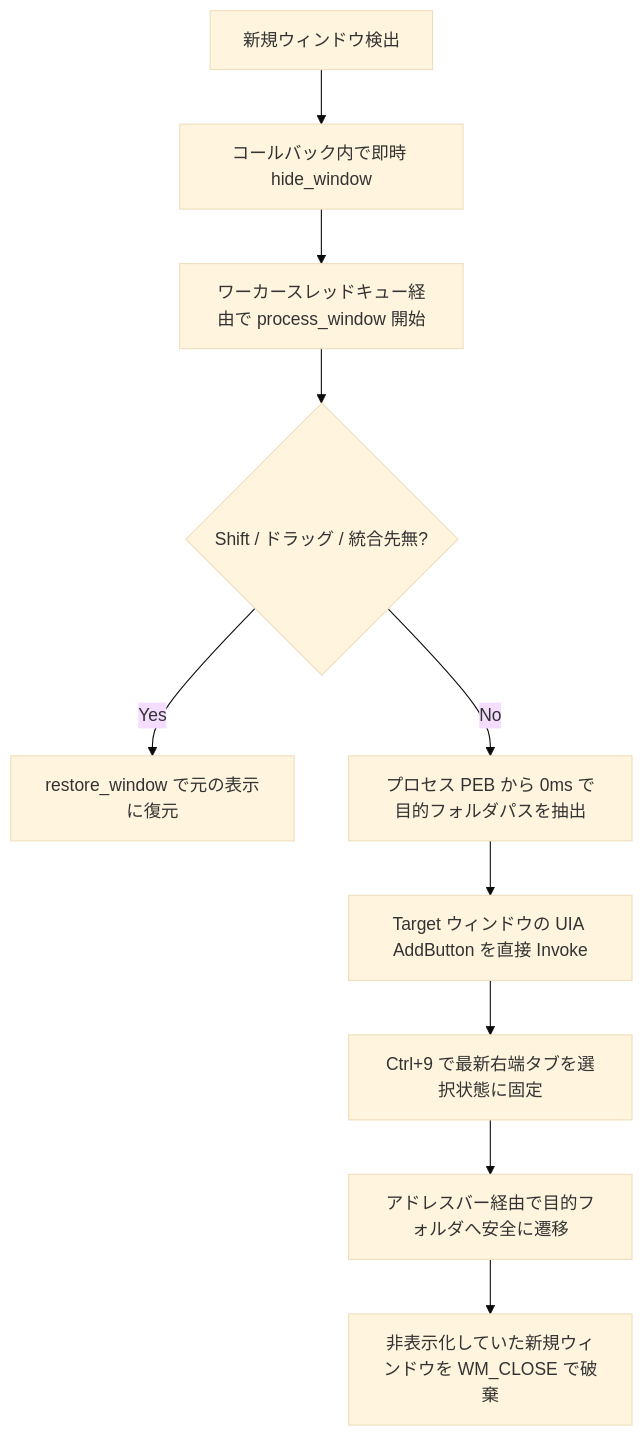
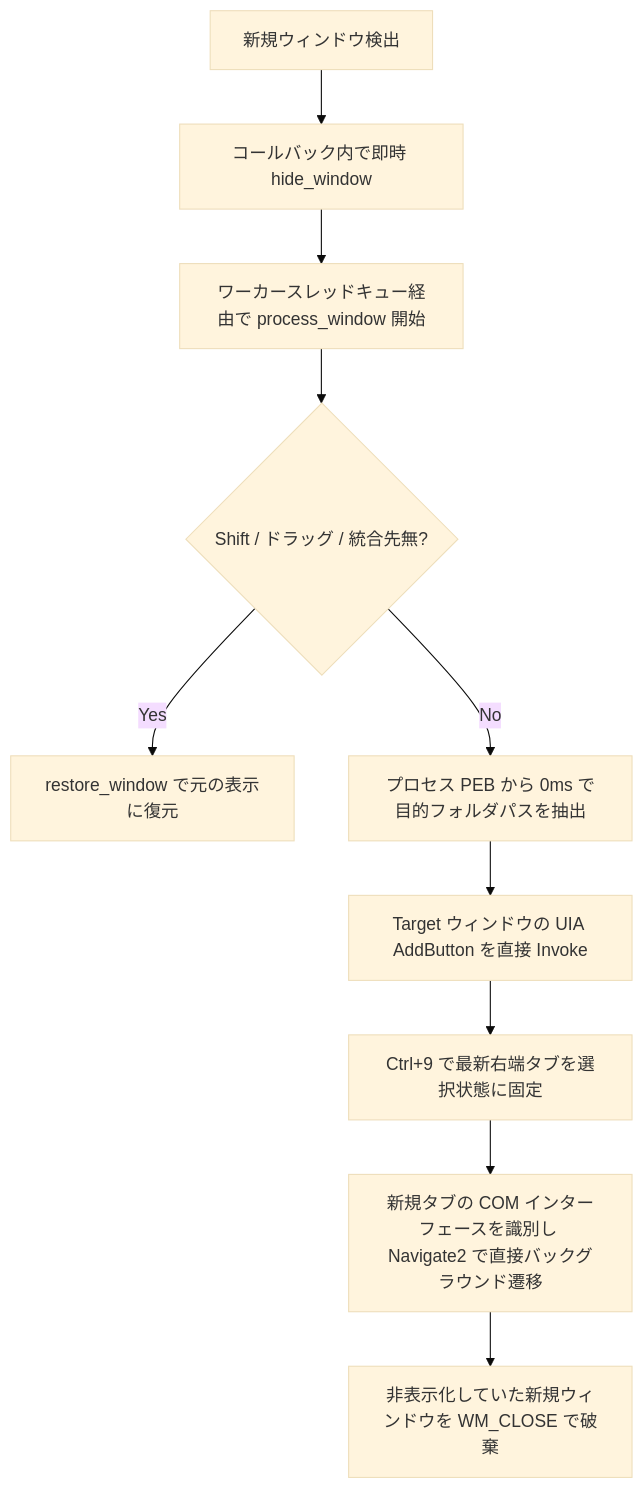
The diagram in docs/specifications.md (cwatanab/TabifyExplorer), drawn with Mermaid (base theme) before and after one commit. The commit also changed other lines of this file and 8 other files, not shown here.

````diff
--- a/docs/specifications.md
+++ b/docs/specifications.md
@@ -56,12 +56,12 @@
 ```mermaid
 graph TD
     A[新規ウィンドウ検出] --> B[コールバック内で即時 hide_window]
     B --> C[ワーカースレッドキュー経由で process_window 開始]
     C --> D{Shift / ドラッグ / 統合先無?}
     D -- Yes --> E[restore_window で元の表示に復元]
     D -- No --> F[プロセス PEB から 0ms で目的フォルダパスを抽出]
     F --> G[Target ウィンドウの UIA AddButton を直接 Invoke]
     G --> H[Ctrl+9 で最新右端タブを選択状態に固定]
-    H --> I[アドレスバー経由で目的フォルダへ安全に遷移]
+    H --> I[新規タブの COM インターフェースを識別し Navigate2 で直接バックグラウンド遷移]
     I --> J[非表示化していた新規ウィンドウを WM_CLOSE で破棄]
 ```
````
